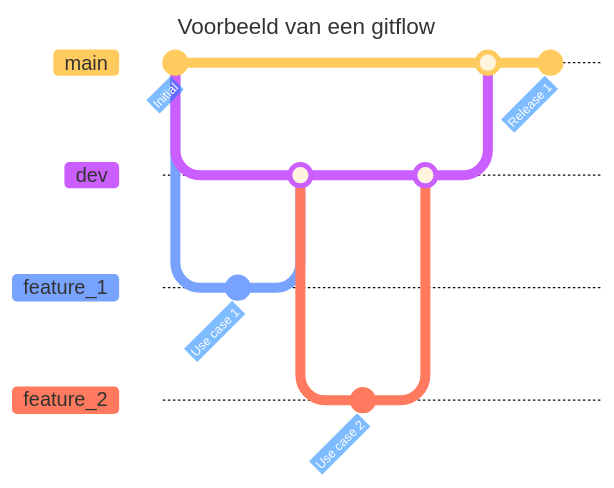
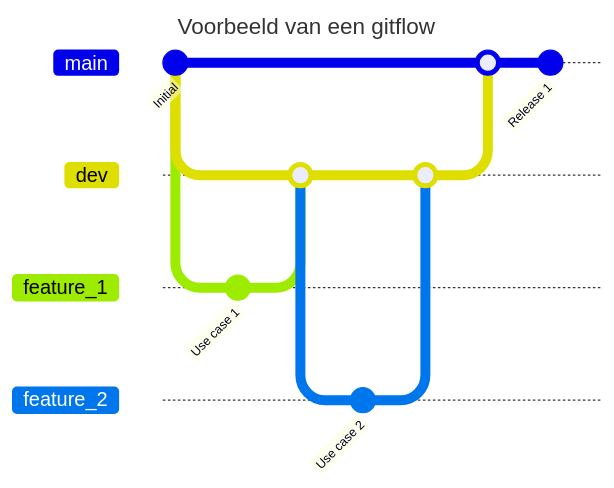
Before and after one commit to Martijn-TeunTestAPPOrg/Leerlijn-Content-SE: the diagram in content/7. Git/1. Uitleg/3. Git Branches.md, drawn with Mermaid. The commit also changed other lines of this file and 116 other files, not shown here.

````diff
--- a/content/7. Git/1. Uitleg/3. Git Branches.md
+++ b/content/7. Git/1. Uitleg/3. Git Branches.md
@@ -19,32 +17,23 @@
 ```mermaid
 ---
 title: Voorbeeld van een gitflow
 ---
-%%{init: {'theme': 'base', 'themeVariables': {
-    'commitLabelColor': '#ffffff',
-    'commitLabelBackground': '#007bff',
-    'branchLabelColor': '#ffffff',
-    'branchLabelBackground': '#28a745',
-    'tagLabelColor': '#ffffff',
-    'tagLabelBackground': '#dc3545'
-}}}%%
 gitGraph
    commit id: "Initial"
    branch dev
    checkout dev
    branch feature_1
    checkout feature_1
    commit id: "Use case 1"
    checkout dev
    merge feature_1
    branch feature_2
    checkout feature_2
    commit id: "Use case 2"
    checkout dev
    merge feature_2
    checkout main
    merge dev
    commit id: "Release 1"
 
-
 ```
````
